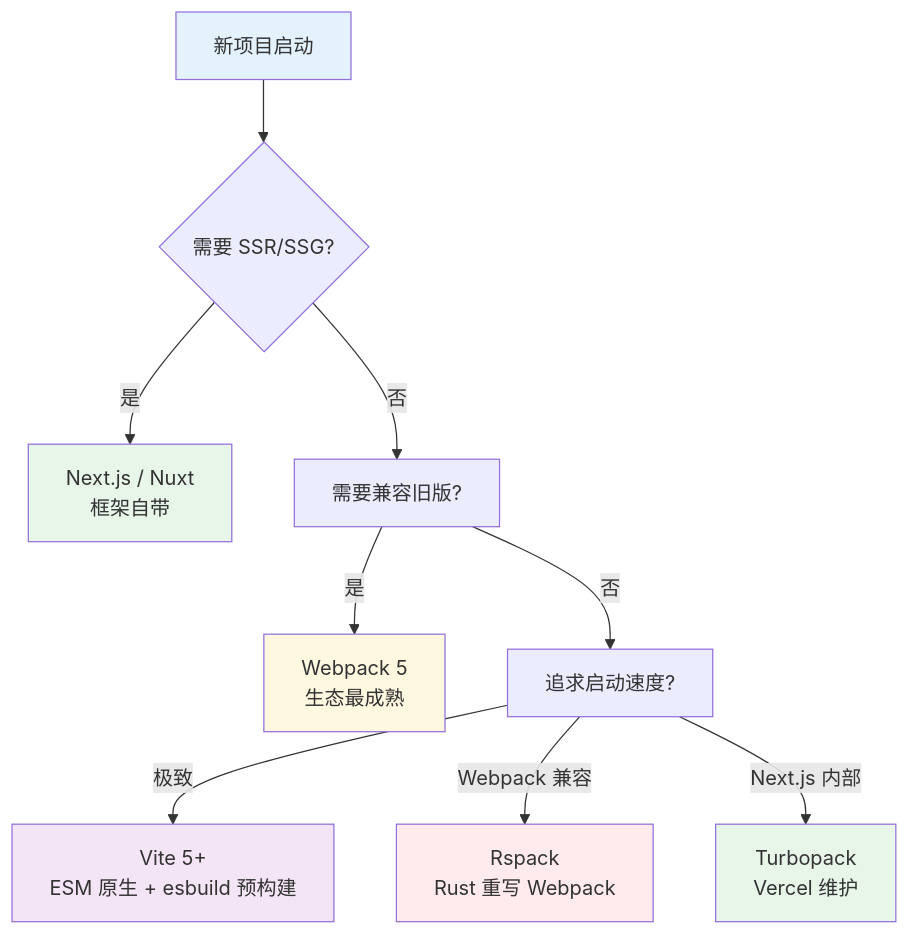
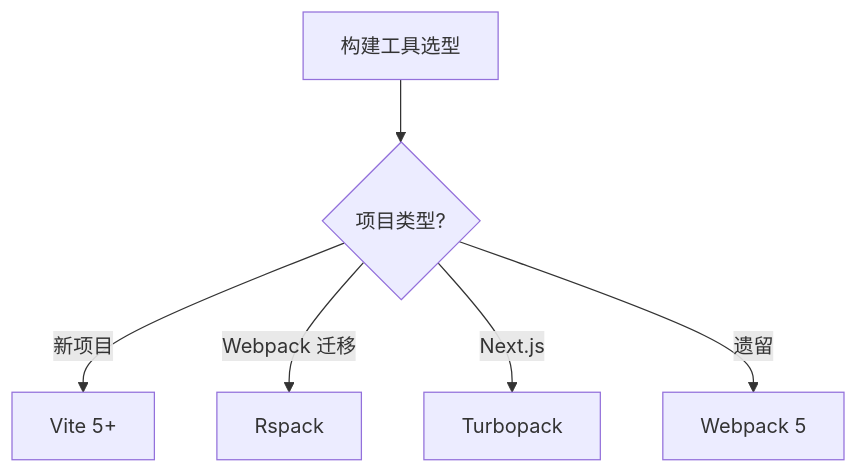
Before and after one commit to wb04307201/wb04307201: the diagram in note/09.front-end/04-engineering/README.md, drawn with Mermaid. The commit also changed other lines of this file, not shown here.

````diff
--- a/note/09.front-end/04-engineering/README.md
+++ b/note/09.front-end/04-engineering/README.md
@@ -23,17 +32,8 @@
 ```mermaid
-graph TB
-  A[新项目启动] --> B{需要 SSR/SSG?}
-  B -- 是 --> C[Next.js / Nuxt<br/>框架自带]
-  B -- 否 --> D[需要兼容旧版?]
-  D -- 是 --> E[Webpack 5<br/>生态最成熟]
-  D -- 否 --> F[追求启动速度?]
-  F -- 极致 --> G[Vite 5+<br/>ESM 原生 + esbuild 预构建]
-  F -- Webpack 兼容 --> H[Rspack<br/>Rust 重写 Webpack]
-  F -- Next.js 内部 --> I[Turbopack<br/>Vercel 维护]
-  style A fill:#e3f2fd
-  style C fill:#e8f5e9
-  style E fill:#fff8e1
-  style G fill:#f3e5f5
-  style H fill:#ffebee
-  style I fill:#e8f5e9
+flowchart TD
+    A[构建工具选型] --> B{项目类型?}
+    B -->|新项目| C[Vite 5+]
+    B -->|Webpack 迁移| D[Rspack]
+    B -->|Next.js| E[Turbopack]
+    B -->|遗留| F[Webpack 5]
 ```
````
